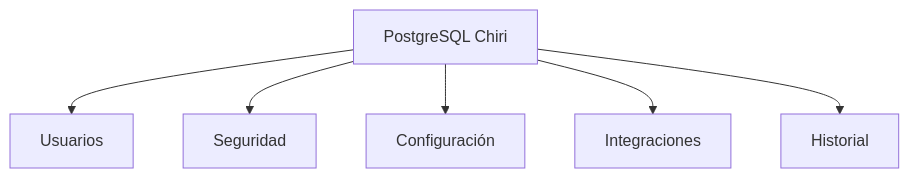
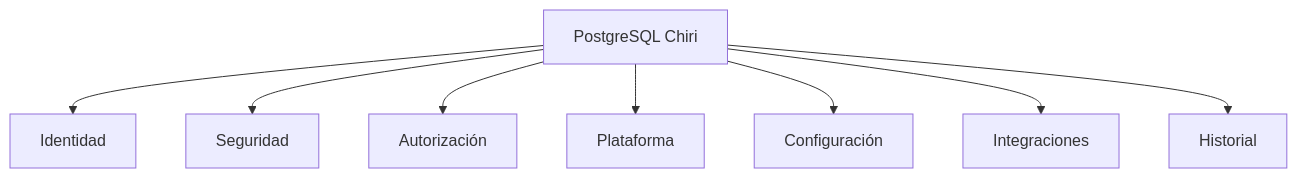
Before and after one commit to chirijose79-ui/Chiri: the second of 30 diagrams in docs/050_BaseDatos.md, drawn with Mermaid. The commit also changed other lines of this file, not shown here.

Commit message:
docs(database): finalize PostgreSQL architecture

````diff
--- a/docs/050_BaseDatos.md
+++ b/docs/050_BaseDatos.md
@@ -213,22 +223,28 @@
 ```mermaid
 flowchart TB
 
     DB["PostgreSQL Chiri"]
 
-    User["Usuarios"]
+    Identity["Identidad"]
 
     Security["Seguridad"]
+
+    Authorization["Autorización"]
+
+    Platform["Plataforma"]
 
     Config["Configuración"]
 
     Integration["Integraciones"]
 
     History["Historial"]
 
 
-    DB --> User
+    DB --> Identity
     DB --> Security
+    DB --> Authorization
+    DB --> Platform
     DB --> Config
     DB --> Integration
     DB --> History
 ```
````
